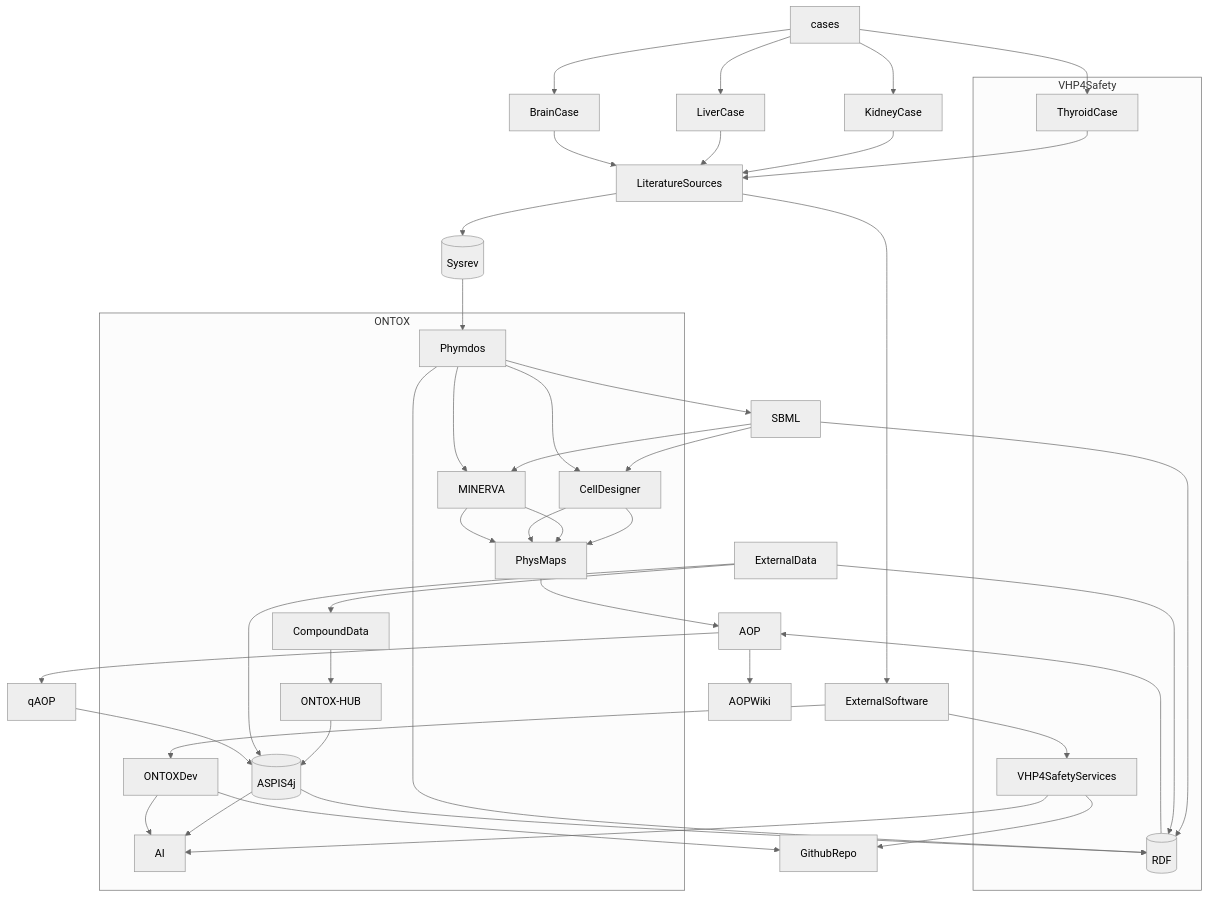
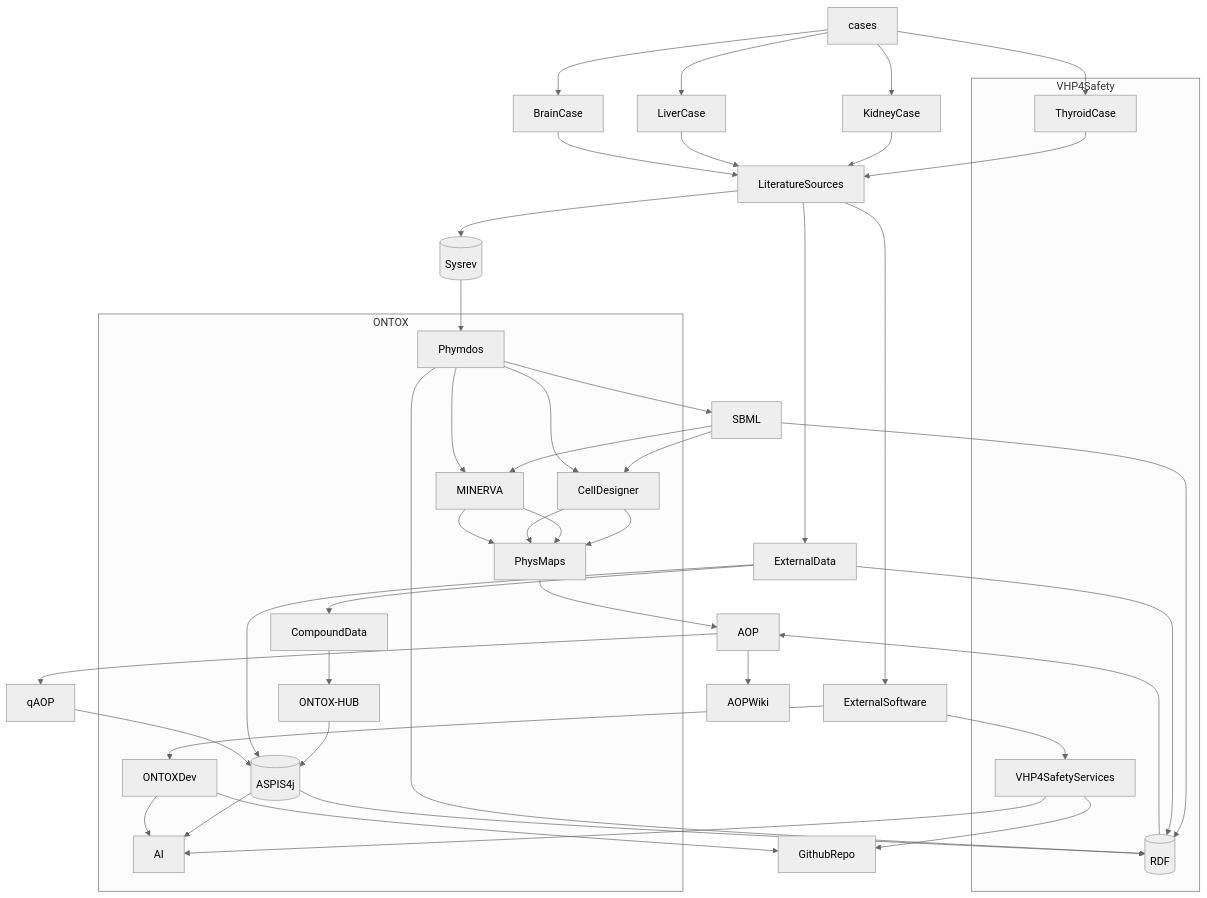
The diagram in ONTOX-vs-VHP4Safety.md (ontox-hu/workflows), drawn with Mermaid (neutral theme) before and after one commit.

````diff
--- a/ONTOX-vs-VHP4Safety.md
+++ b/ONTOX-vs-VHP4Safety.md
@@ -1,66 +1,67 @@
 ```mermaid
 flowchart TB
 
     cases-->KidneyCase
     cases-->LiverCase
     cases-->BrainCase
     cases-->ThyroidCase
     
     KidneyCase-->LiteratureSources
     LiverCase-->LiteratureSources
     BrainCase-->LiteratureSources
     ThyroidCase-->LiteratureSources
     LiteratureSources-->Sysrev[(Sysrev)]
+    LiteratureSources-->ExternalData
     Sysrev[(Sysrev)]-->Phymdos
     Phymdos-->SBML
     SBML-->CellDesigner
     SBML-->MINERVA
     SBML-->RDF[(RDF)]
     CellDesigner-->PhysMaps
     MINERVA-->PhysMaps
     PhysMaps-->AOP
     VHP4SafetyServices-->GithubRepo
     ONTOXDev-->GithubRepo
     ExternalData-->CompoundData
     
  %%%%%%%%%%%%%%%%%%%%%%%%%%%%%%%
  
     subgraph ONTOX
     
     ONTOXDev
     Phymdos-->MINERVA
     Phymdos-->CellDesigner
     CellDesigner-->PhysMaps
     MINERVA-->PhysMaps
     ASPIS4j[(ASPIS4j)]-->AI
     CompoundData-->ONTOX-HUB
     ONTOX-HUB-->ASPIS4j[(ASPIS4j)]
     end
  
  %%%%%%%%%%%%%%%%%%%%%%%%%%%%%%%%
  
     subgraph VHP4Safety
     
     ThyroidCase 
     Phymdos-->RDF[(RDF)]
     VHP4SafetyServices
     VHP4SafetyServices-->AI
     ONTOXDev-->AI
 
     end
     
  %%%%%%%%%%%%%%%%%%%%%%%%%%%%%%%%%%
  
     RDF[(RDF)]-->AOP
     AOP-->AOPWiki
     AOP-->qAOP
     LiteratureSources-->ExternalSoftware
     ExternalSoftware-->VHP4SafetyServices
     ExternalSoftware-->ONTOXDev
     ExternalData-->ASPIS4j[(ASPIS4j)]
     qAOP-->ASPIS4j[(ASPIS4j)]
     ASPIS4j[(ASPIS4j)]-->RDF[(RDF)]
     ExternalData-->RDF[(RDF)]
     
     
 ```
````
